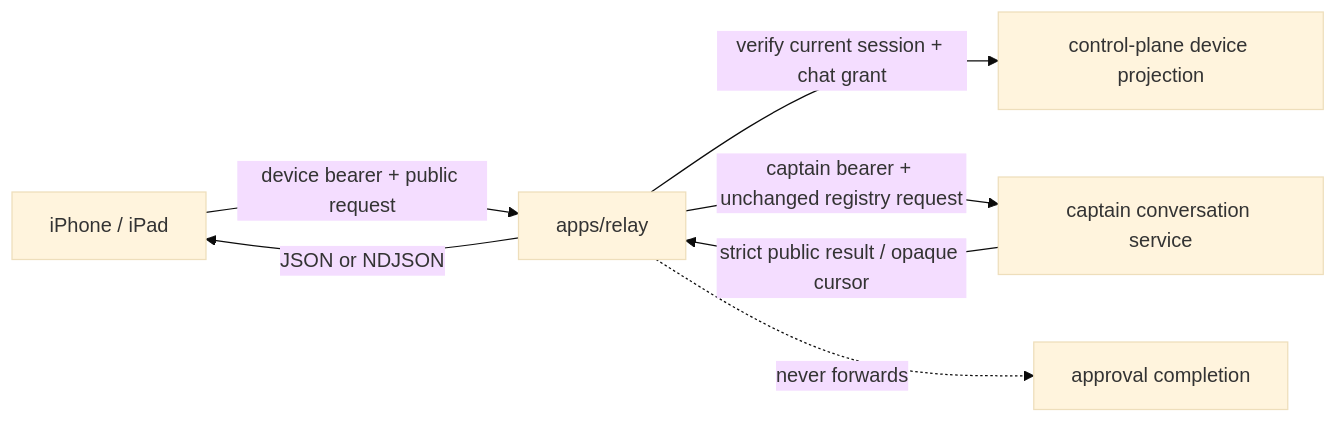
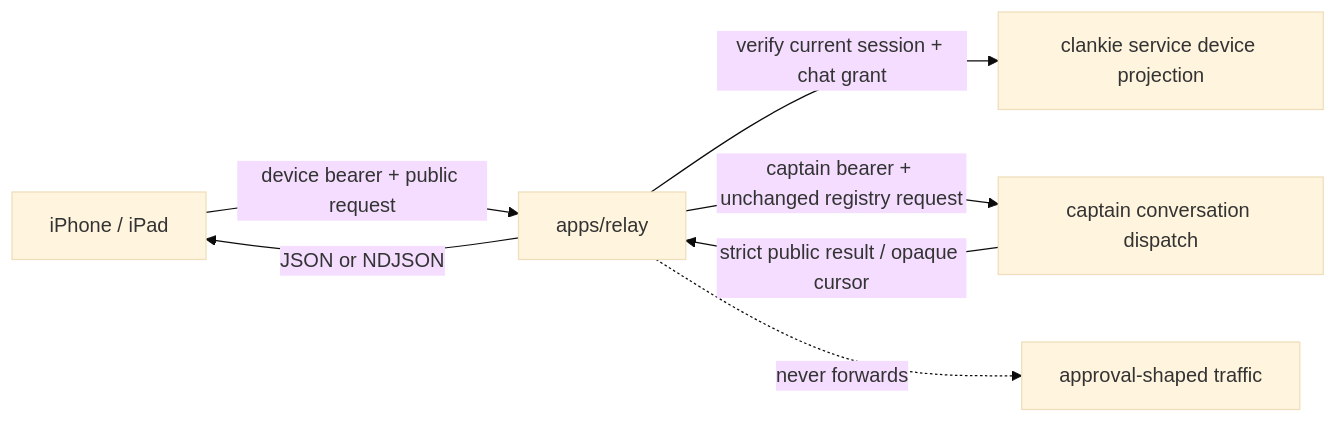
One commit to Volpestyle/clankie changed the diagram in apps/relay/README.md. Above: the diagram before and after it, drawn with Mermaid (base theme). The commit also changed other lines of this file and 72 other files, not shown here.

````diff
--- a/apps/relay/README.md
+++ b/apps/relay/README.md
@@ -23,9 +23,9 @@
 ```mermaid
 flowchart LR
   Device["iPhone / iPad"] -->|"device bearer + public request"| Relay["apps/relay"]
-  Relay -->|"verify current session + chat grant"| ControlPlane["control-plane device projection"]
-  Relay -->|"captain bearer + unchanged registry request"| Captain["captain conversation service"]
+  Relay -->|"verify current session + chat grant"| Service["clankie service device projection"]
+  Relay -->|"captain bearer + unchanged registry request"| Captain["captain conversation dispatch"]
   Captain -->|"strict public result / opaque cursor"| Relay
   Relay -->|"JSON or NDJSON"| Device
-  Relay -. "never forwards" .-> Approval["approval completion"]
+  Relay -. "never forwards" .-> Approval["approval-shaped traffic"]
 ```
````
